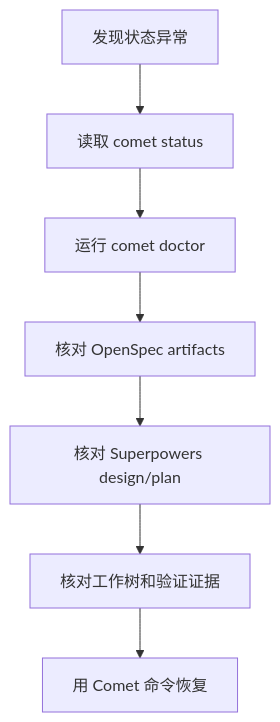
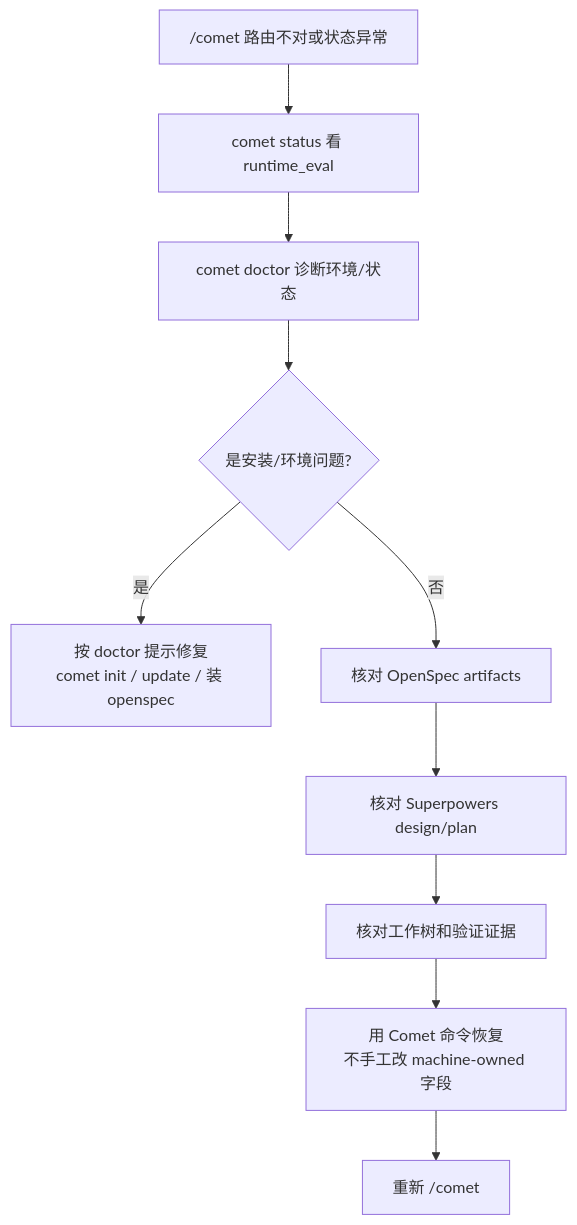
One commit to rpamis/comet-website-docs changed the diagram in zh/guides/state-recovery.mdx. Above: the diagram before and after it, drawn with Mermaid. The commit also changed other lines of this file and 3 other files, not shown here.

````diff
--- a/zh/guides/state-recovery.mdx
+++ b/zh/guides/state-recovery.mdx
@@ -36,9 +69,12 @@
 ```mermaid
 flowchart TD
-  A["发现状态异常"] --> B["读取 comet status"]
-  B --> C["运行 comet doctor"]
-  C --> D["核对 OpenSpec artifacts"]
-  D --> E["核对 Superpowers design/plan"]
-  E --> F["核对工作树和验证证据"]
-  F --> G["用 Comet 命令恢复"]
+  A["/comet 路由不对或状态异常"] --> B["comet status 看 runtime_eval"]
+  B --> C["comet doctor 诊断环境/状态"]
+  C --> D{"是安装/环境问题?"}
+  D -->|是| E["按 doctor 提示修复<br/>comet init / update / 装 openspec"]
+  D -->|否| F["核对 OpenSpec artifacts"]
+  F --> G["核对 Superpowers design/plan"]
+  G --> H["核对工作树和验证证据"]
+  H --> I["用 Comet 命令恢复<br/>不手工改 machine-owned 字段"]
+  I --> J["重新 /comet"]
 ```
````
